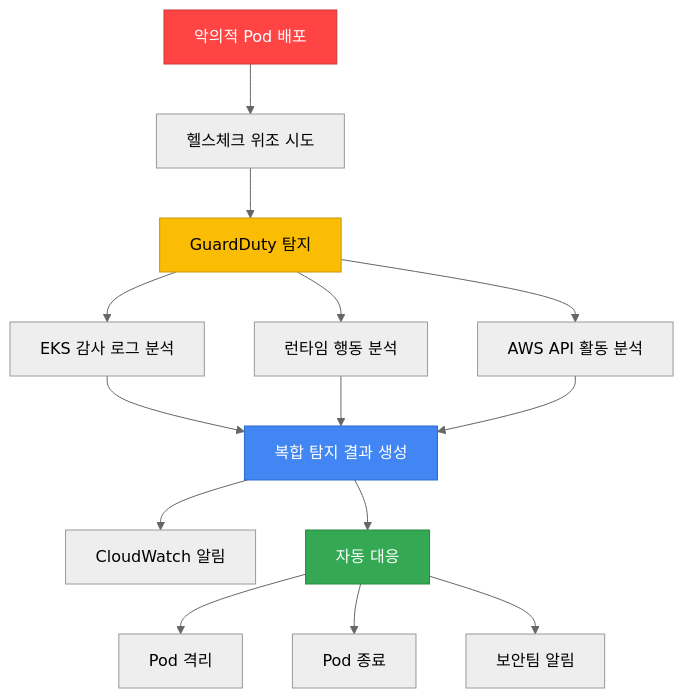
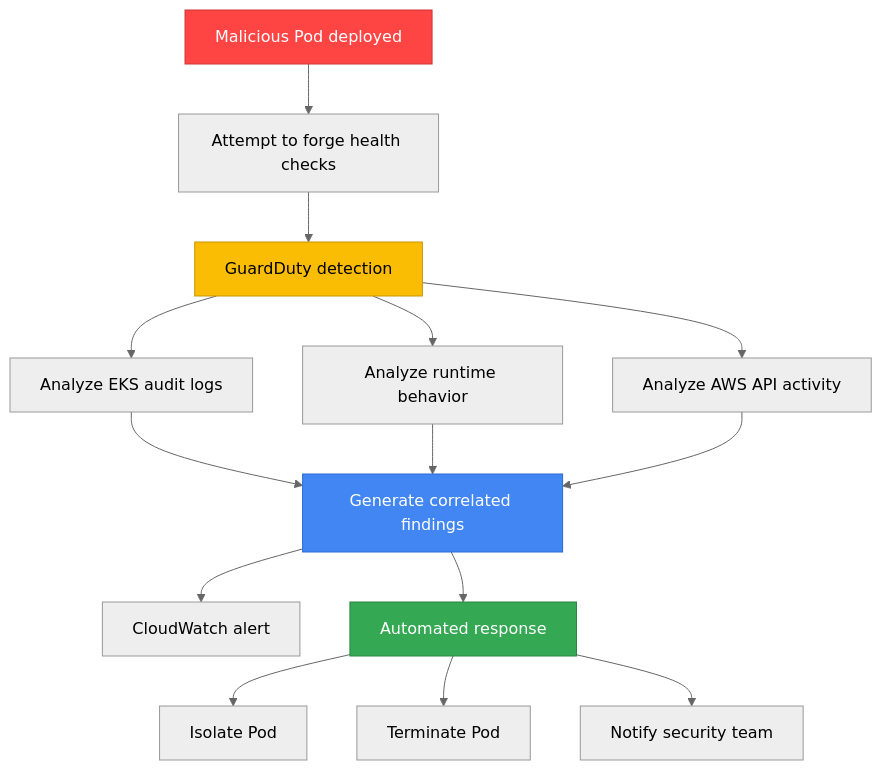
Before and after one commit to devfloor9/engineering-playbook: the third of 3 diagrams in docs/eks-best-practices/operations-reliability/pod-lifecycle/probe-eks-features.md, drawn with Mermaid (neutral theme). The commit also changed other lines of this file and 954 other files, not shown here.

````diff
--- a/docs/eks-best-practices/operations-reliability/pod-lifecycle/probe-eks-features.md
+++ b/docs/eks-best-practices/operations-reliability/pod-lifecycle/probe-eks-features.md
@@ -527,26 +527,26 @@
 ```mermaid
 flowchart TD
-    MALICIOUS[악의적 Pod 배포]
-    MALICIOUS --> PROBE_FAKE[헬스체크 위조 시도]
-    PROBE_FAKE --> GUARDDUTY[GuardDuty 탐지]
+    MALICIOUS[Malicious Pod deployed]
+    MALICIOUS --> PROBE_FAKE[Attempt to forge health checks]
+    PROBE_FAKE --> GUARDDUTY[GuardDuty detection]
 
-    GUARDDUTY --> AUDIT[EKS 감사 로그 분석]
-    GUARDDUTY --> RUNTIME[런타임 행동 분석]
-    GUARDDUTY --> API[AWS API 활동 분석]
+    GUARDDUTY --> AUDIT[Analyze EKS audit logs]
+    GUARDDUTY --> RUNTIME[Analyze runtime behavior]
+    GUARDDUTY --> API[Analyze AWS API activity]
 
-    AUDIT --> FINDING[복합 탐지 결과 생성]
+    AUDIT --> FINDING[Generate correlated findings]
     RUNTIME --> FINDING
     API --> FINDING
 
-    FINDING --> ALERT[CloudWatch 알림]
-    FINDING --> RESPONSE[자동 대응]
+    FINDING --> ALERT[CloudWatch alert]
+    FINDING --> RESPONSE[Automated response]
 
-    RESPONSE --> ISOLATE[Pod 격리]
-    RESPONSE --> TERMINATE[Pod 종료]
-    RESPONSE --> NOTIFY[보안팀 알림]
+    RESPONSE --> ISOLATE[Isolate Pod]
+    RESPONSE --> TERMINATE[Terminate Pod]
+    RESPONSE --> NOTIFY[Notify security team]
 
     style MALICIOUS fill:#ff4444,stroke:#cc3636,color:#fff
     style GUARDDUTY fill:#fbbc04,stroke:#c99603,color:#000
     style FINDING fill:#4286f4,stroke:#2a6acf,color:#fff
     style RESPONSE fill:#34a853,stroke:#2a8642,color:#fff
 ```
````
